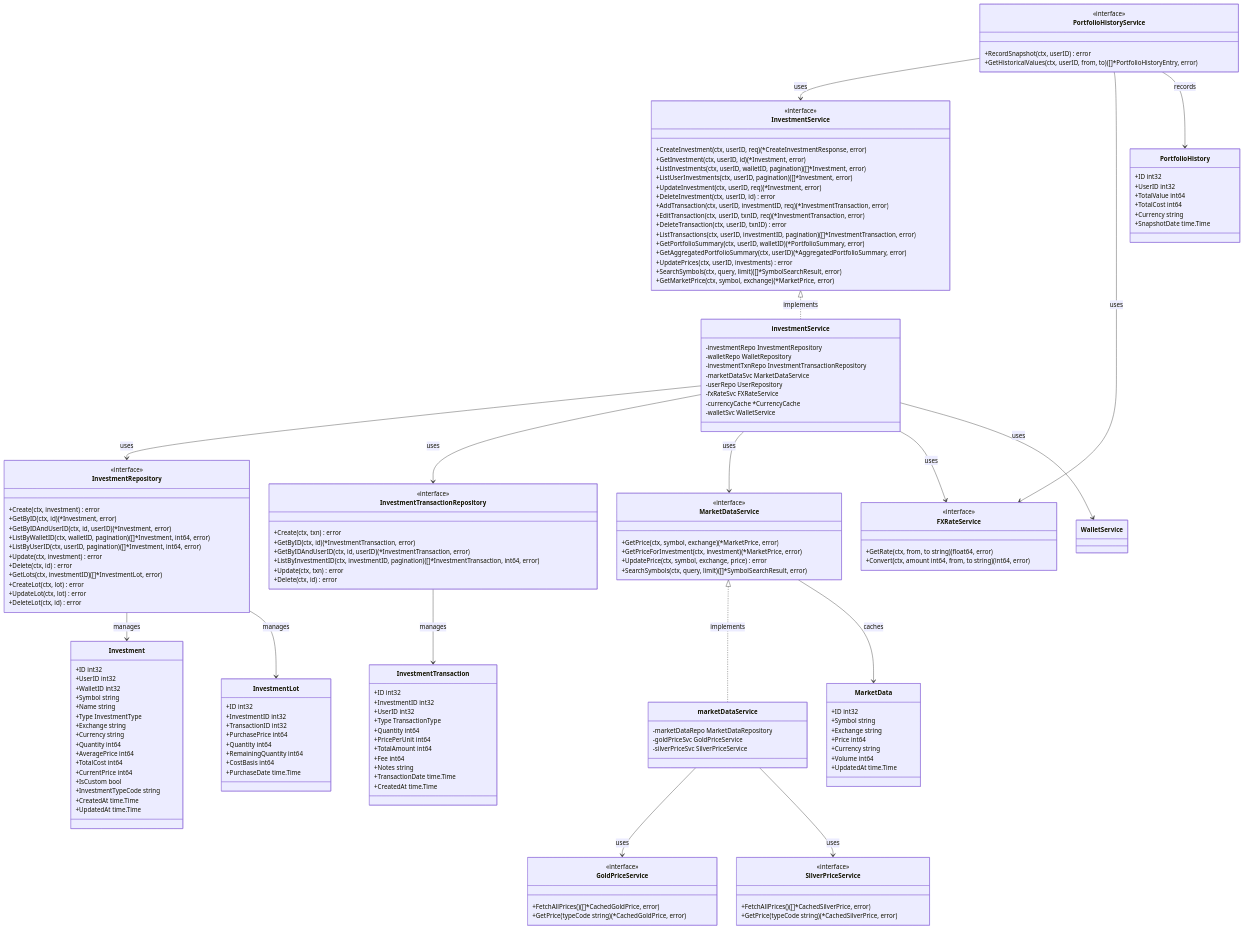
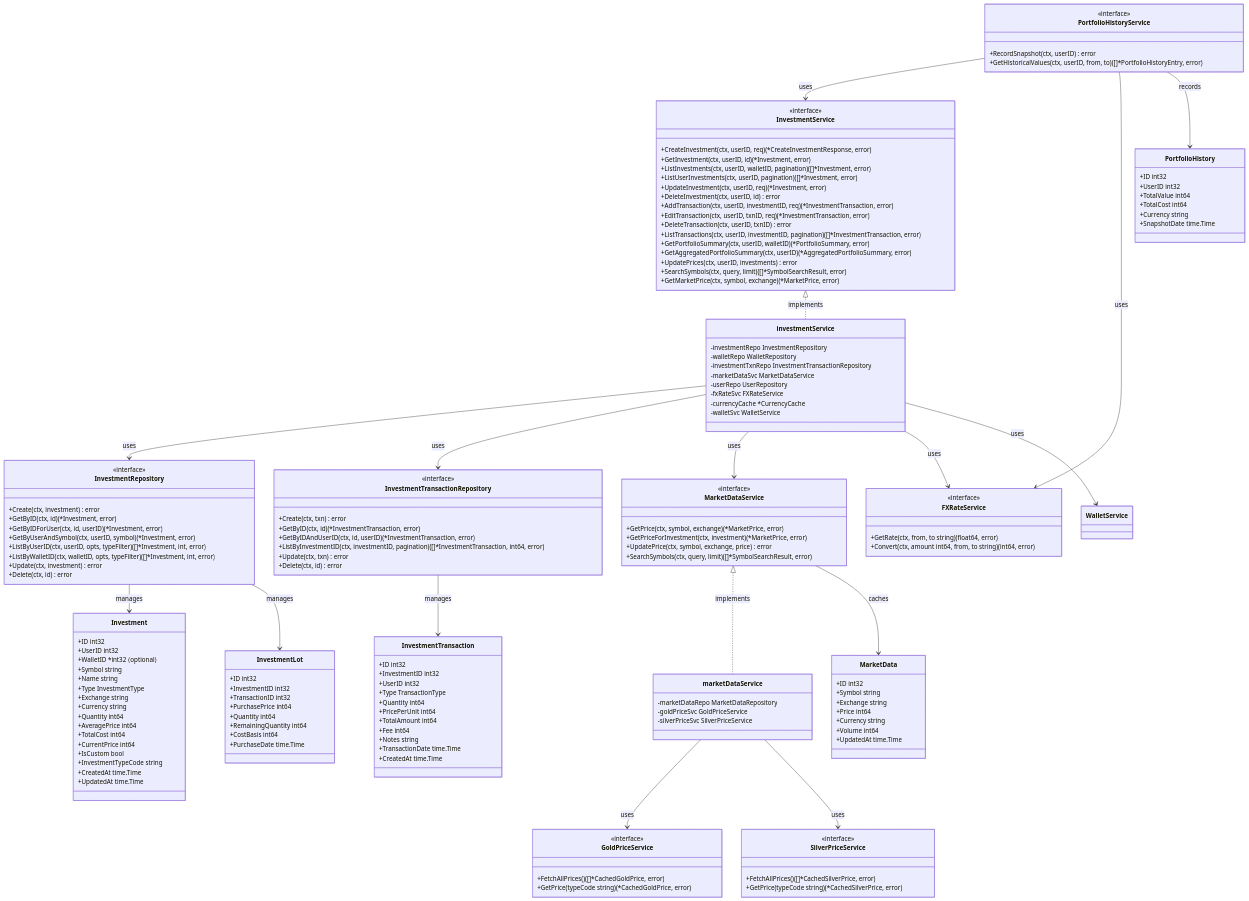
One commit to khanhnq1406/wealth-journey changed the diagram in docs/architecture/c4-code-investment.md. Above: the diagram before and after it, drawn with Mermaid. The commit also changed 3 other files, not shown here.

First line of the commit message:
docs(architecture): update diagrams for investment user ownership

```diff
--- a/docs/architecture/c4-code-investment.md
+++ b/docs/architecture/c4-code-investment.md
@@ -40,15 +40,12 @@
         <<interface>>
         +Create(ctx, investment) error
         +GetByID(ctx, id) (*Investment, error)
-        +GetByIDAndUserID(ctx, id, userID) (*Investment, error)
-        +ListByWalletID(ctx, walletID, pagination) ([]*Investment, int64, error)
-        +ListByUserID(ctx, userID, pagination) ([]*Investment, int64, error)
+        +GetByIDForUser(ctx, id, userID) (*Investment, error)
+        +GetByUserAndSymbol(ctx, userID, symbol) (*Investment, error)
+        +ListByUserID(ctx, userID, opts, typeFilter) ([]*Investment, int, error)
+        +ListByWalletID(ctx, walletID, opts, typeFilter) ([]*Investment, int, error)
         +Update(ctx, investment) error
         +Delete(ctx, id) error
-        +GetLots(ctx, investmentID) ([]*InvestmentLot, error)
-        +CreateLot(ctx, lot) error
-        +UpdateLot(ctx, lot) error
-        +DeleteLot(ctx, id) error
     }
 
     class InvestmentTransactionRepository {
@@ -102,7 +99,7 @@
     class Investment {
         +ID int32
         +UserID int32
-        +WalletID int32
+        +WalletID *int32 ⟨optional⟩
         +Symbol string
         +Name string
         +Type InvestmentType
```
